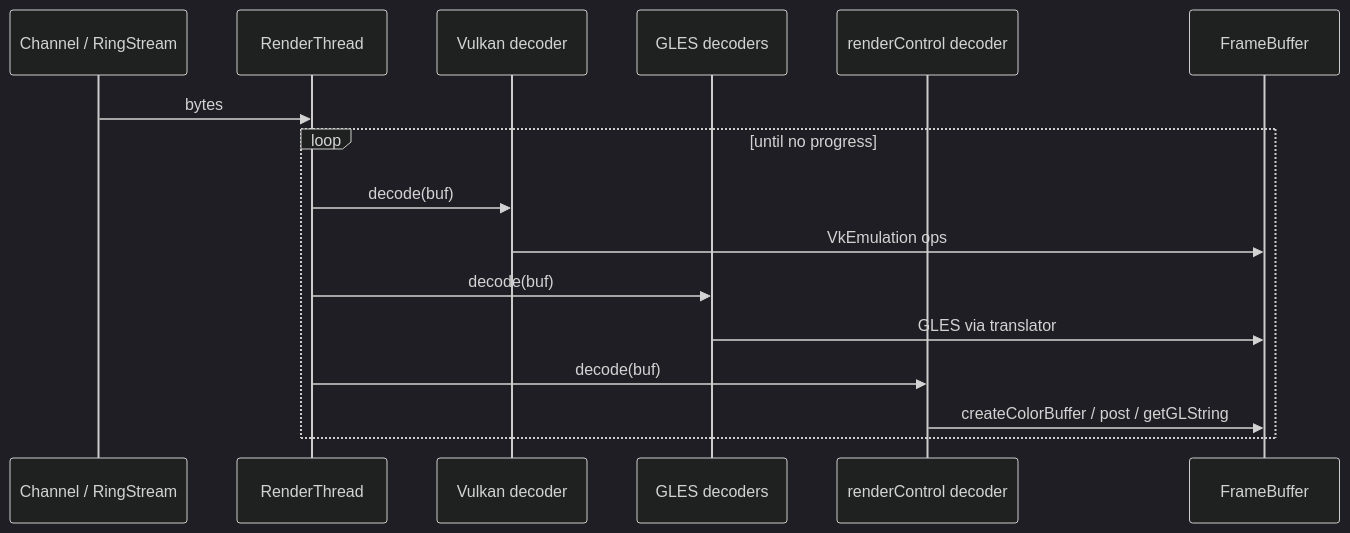
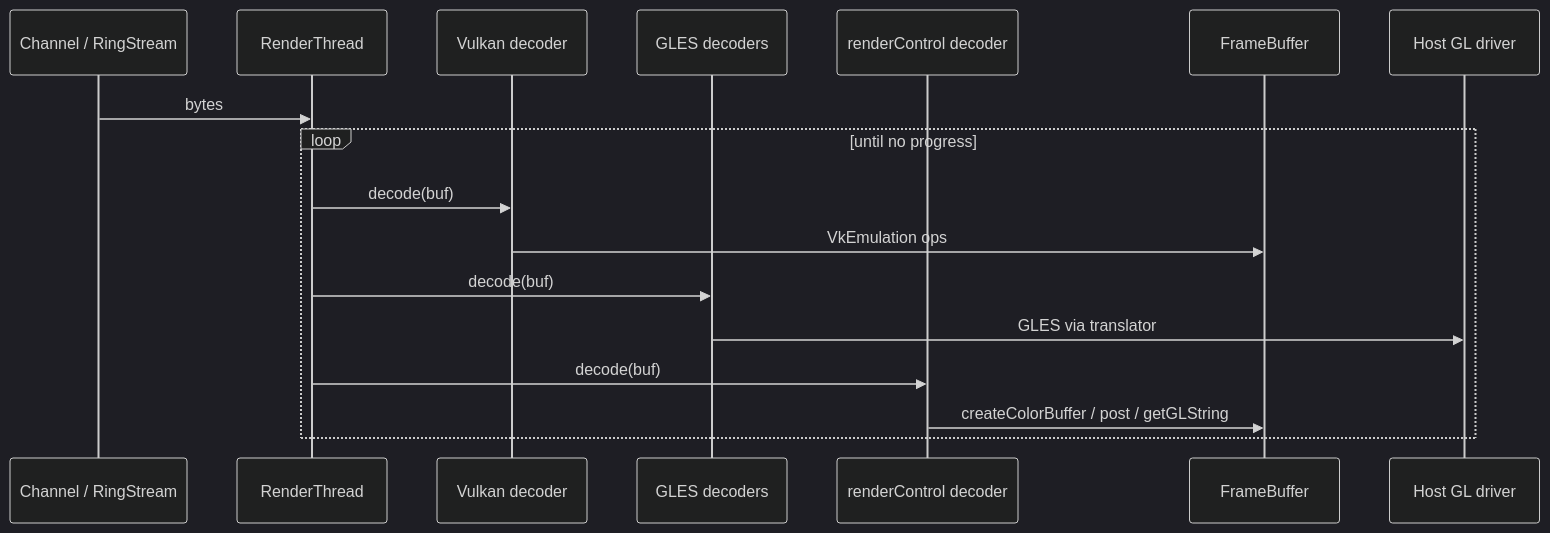
One commit to aospbooks/android-emulator-internal-book changed the third of 7 diagrams in 13-host-rendering.md. Above: the diagram before and after it, drawn with Mermaid (dark theme). The commit also changed other lines of this file and 31 other files, not shown here.

````diff
--- a/13-host-rendering.md
+++ b/13-host-rendering.md
@@ -203,18 +205,19 @@
 ```mermaid
 sequenceDiagram
   participant CH as Channel / RingStream
   participant RT as RenderThread
   participant VK as Vulkan decoder
   participant GL as GLES decoders
   participant RC as renderControl decoder
   participant FB as FrameBuffer
+  participant HDRV as Host GL driver
   CH->>RT: bytes
   loop until no progress
     RT->>VK: decode(buf)
     VK->>FB: VkEmulation ops
     RT->>GL: decode(buf)
-    GL->>FB: GLES via translator
+    GL->>HDRV: GLES via translator
     RT->>RC: decode(buf)
     RC->>FB: createColorBuffer / post / getGLString
   end
 ```
````
